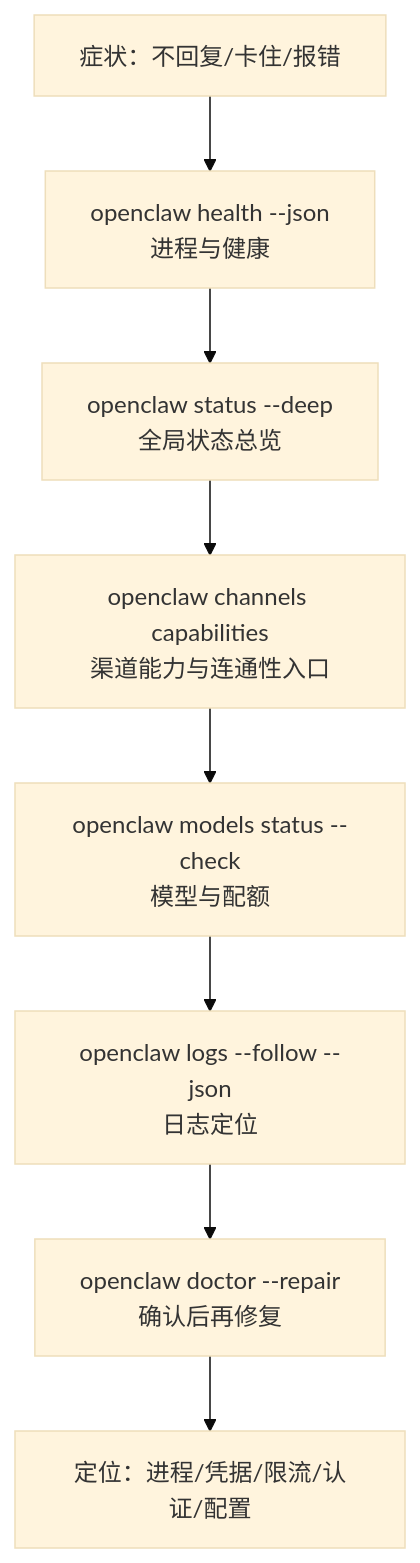
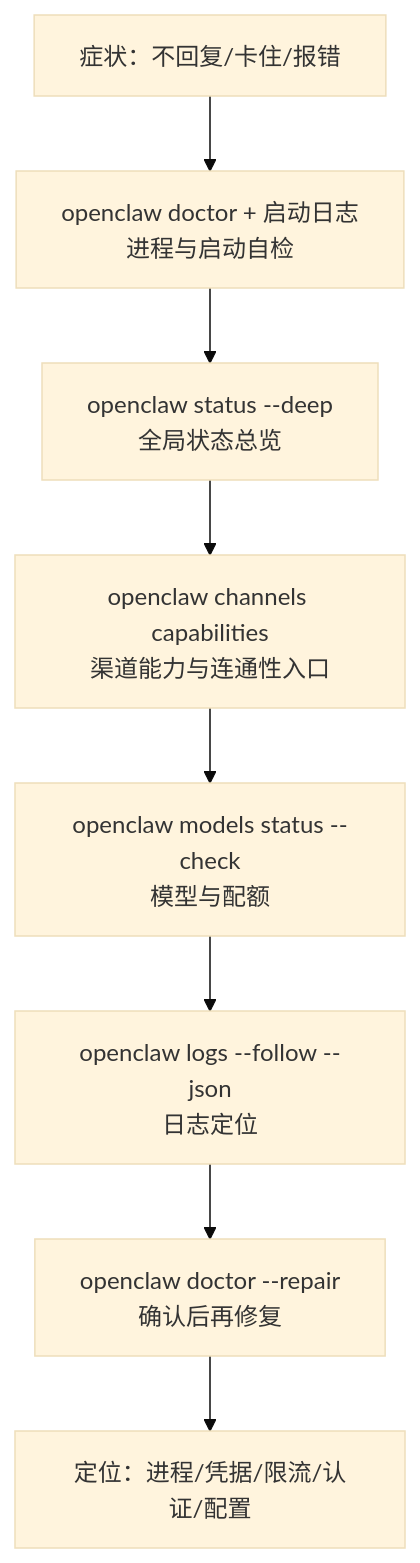
The diagram in 03_minimal_loop/3.2_diagnostics.md (yeasy/openclaw_guide), drawn with Mermaid (base theme) before and after one commit. The commit also changed other lines of this file and 24 other files, not shown here.

````diff
--- a/03_minimal_loop/3.2_diagnostics.md
+++ b/03_minimal_loop/3.2_diagnostics.md
@@ -20,10 +20,10 @@
 ```mermaid
 flowchart TD
-    Start["症状：不回复/卡住/报错"] --> S1["openclaw health --json<br/>进程与健康"]
+    Start["症状：不回复/卡住/报错"] --> S1["openclaw doctor + 启动日志<br/>进程与启动自检"]
     S1 --> S1a["openclaw status --deep<br/>全局状态总览"]
     S1a --> S2["openclaw channels capabilities<br/>渠道能力与连通性入口"]
     S2 --> S3["openclaw models status --check<br/>模型与配额"]
     S3 --> S4["openclaw logs --follow --json<br/>日志定位"]
     S4 --> Fix["openclaw doctor --repair<br/>确认后再修复"]
     Fix --> End["定位：进程/凭据/限流/认证/配置"]
 ```
````
